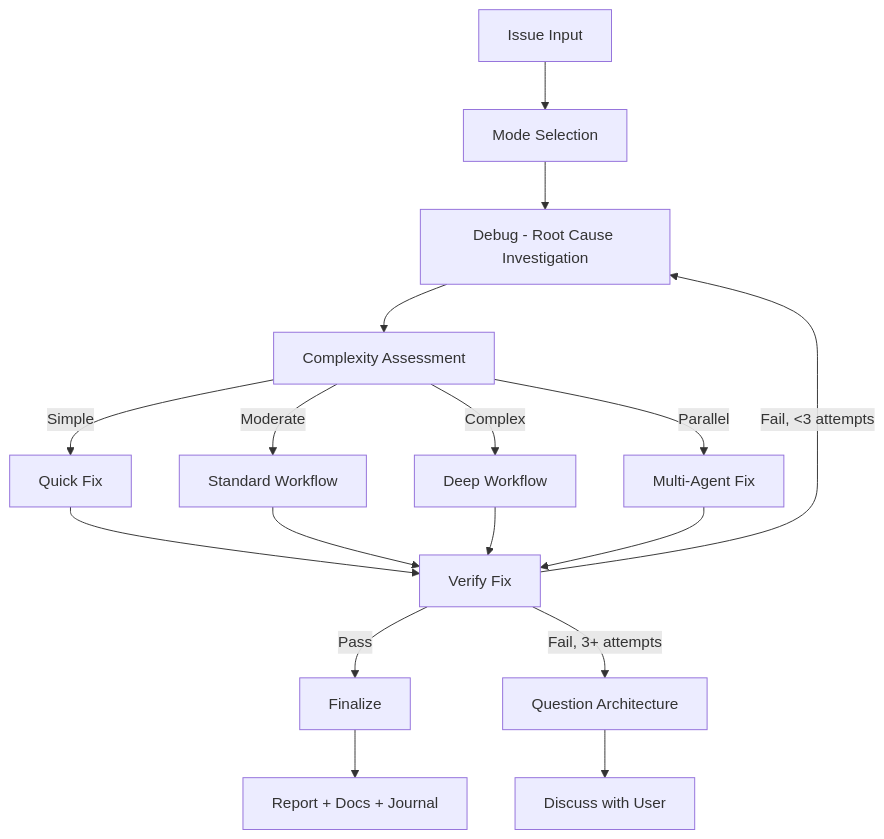
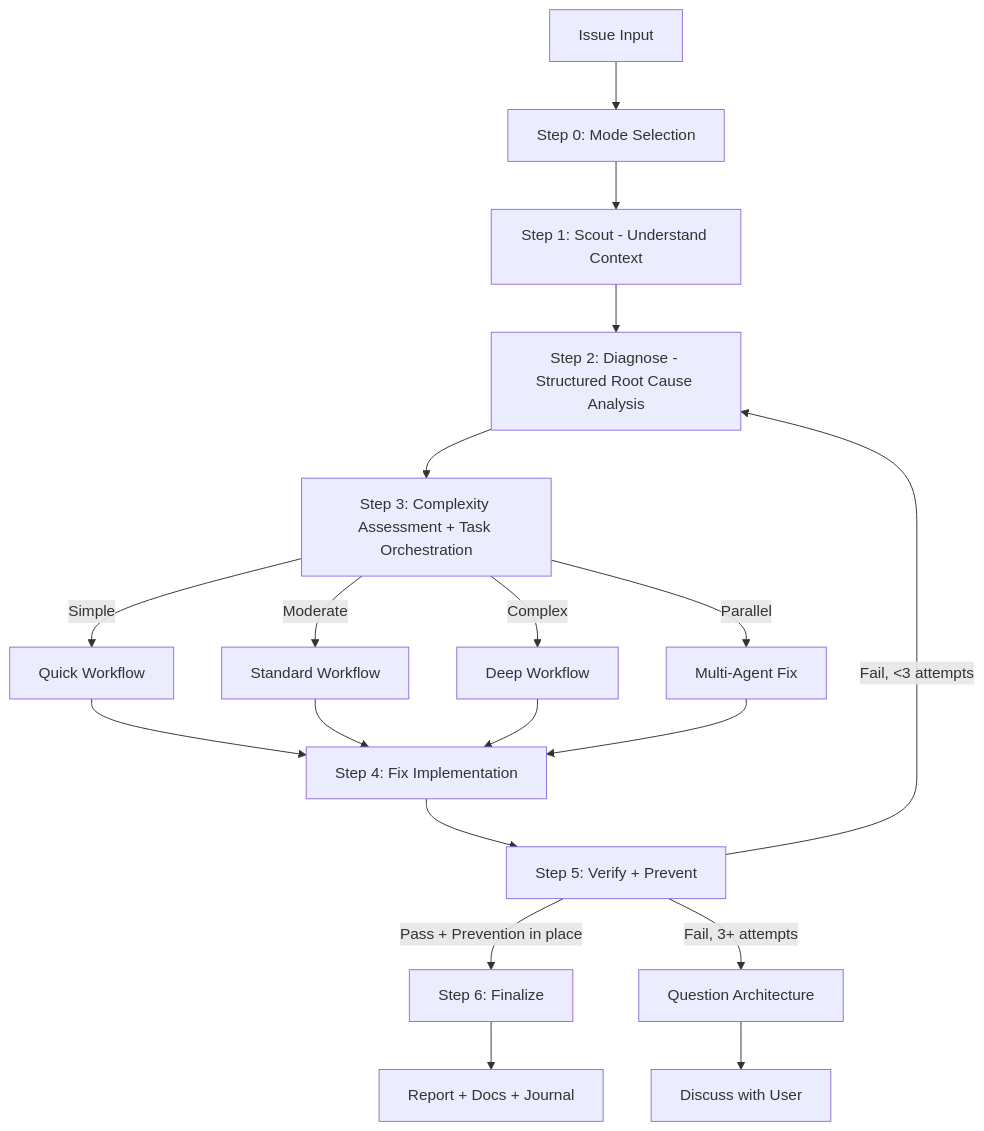
One commit to nhattruong0000/cx-fe changed the diagram in .claude/skills/fix/SKILL.md. Above: the diagram before and after it, drawn with Mermaid. The commit also changed other lines of this file and 227 other files, not shown here.

````diff
--- a/.claude/skills/fix/SKILL.md
+++ b/.claude/skills/fix/SKILL.md
@@ -41,19 +45,21 @@
 ```mermaid
 flowchart TD
-    A[Issue Input] --> B[Mode Selection]
-    B --> C[Debug - Root Cause Investigation]
-    C --> D[Complexity Assessment]
-    D -->|Simple| E[Quick Fix]
-    D -->|Moderate| F[Standard Workflow]
-    D -->|Complex| G[Deep Workflow]
-    D -->|Parallel| H[Multi-Agent Fix]
-    E --> I[Verify Fix]
-    F --> I
-    G --> I
-    H --> I
-    I -->|Pass| J[Finalize]
-    I -->|Fail, <3 attempts| C
-    I -->|Fail, 3+ attempts| K[Question Architecture]
-    K --> L[Discuss with User]
-    J --> M[Report + Docs + Journal]
+    A[Issue Input] --> B[Step 0: Mode Selection]
+    B --> C[Step 1: Scout - Understand Context]
+    C --> D[Step 2: Diagnose - Structured Root Cause Analysis]
+    D --> E[Step 3: Complexity Assessment + Task Orchestration]
+    E -->|Simple| F[Quick Workflow]
+    E -->|Moderate| G[Standard Workflow]
+    E -->|Complex| H[Deep Workflow]
+    E -->|Parallel| I[Multi-Agent Fix]
+    F --> J[Step 4: Fix Implementation]
+    G --> J
+    H --> J
+    I --> J
+    J --> K[Step 5: Verify + Prevent]
+    K -->|Pass + Prevention in place| L[Step 6: Finalize]
+    K -->|Fail, <3 attempts| D
+    K -->|Fail, 3+ attempts| M[Question Architecture]
+    M --> N[Discuss with User]
+    L --> O[Report + Docs + Journal]
 ```
````
